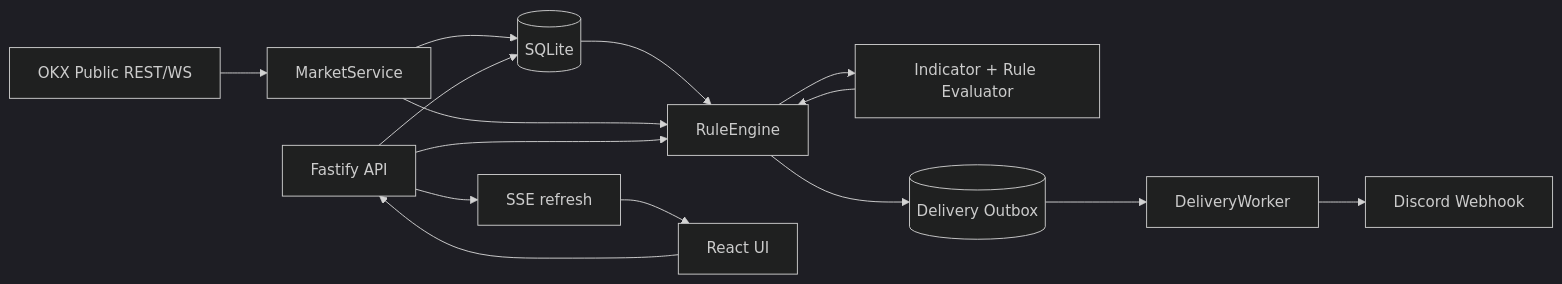
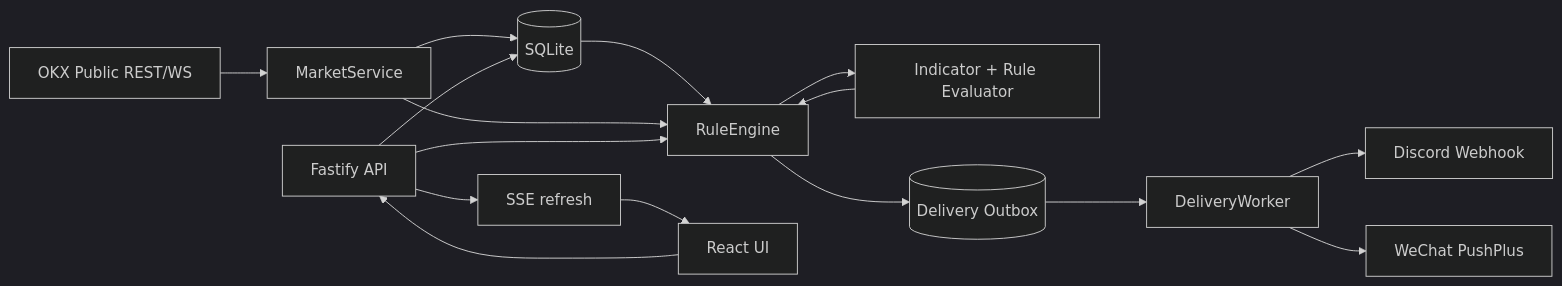
Before and after one commit to Domingozll/market-sentinel: the diagram in README.md, drawn with Mermaid (dark theme). The commit also changed other lines of this file and 33 other files, not shown here.

Commit message:
feat(alerts): add WeChat PushPlus notification channel

````diff
--- a/README.md
+++ b/README.md
@@ -241,17 +245,18 @@
 ```mermaid
 flowchart LR
   OKX[OKX Public REST/WS] --> Market[MarketService]
   Market --> Store[(SQLite)]
   Store --> Engine[RuleEngine]
   Market --> Engine
   Engine --> Evaluator[Indicator + Rule Evaluator]
   Evaluator --> Engine
   Engine --> Outbox[(Delivery Outbox)]
   Outbox --> Worker[DeliveryWorker]
   Worker --> Discord[Discord Webhook]
+  Worker --> PushPlus[WeChat PushPlus]
   Fastify[Fastify API] --> Store
   Fastify --> Engine
   React[React UI] --> Fastify
   Fastify --> SSE[SSE refresh]
   SSE --> React
 ```
````
